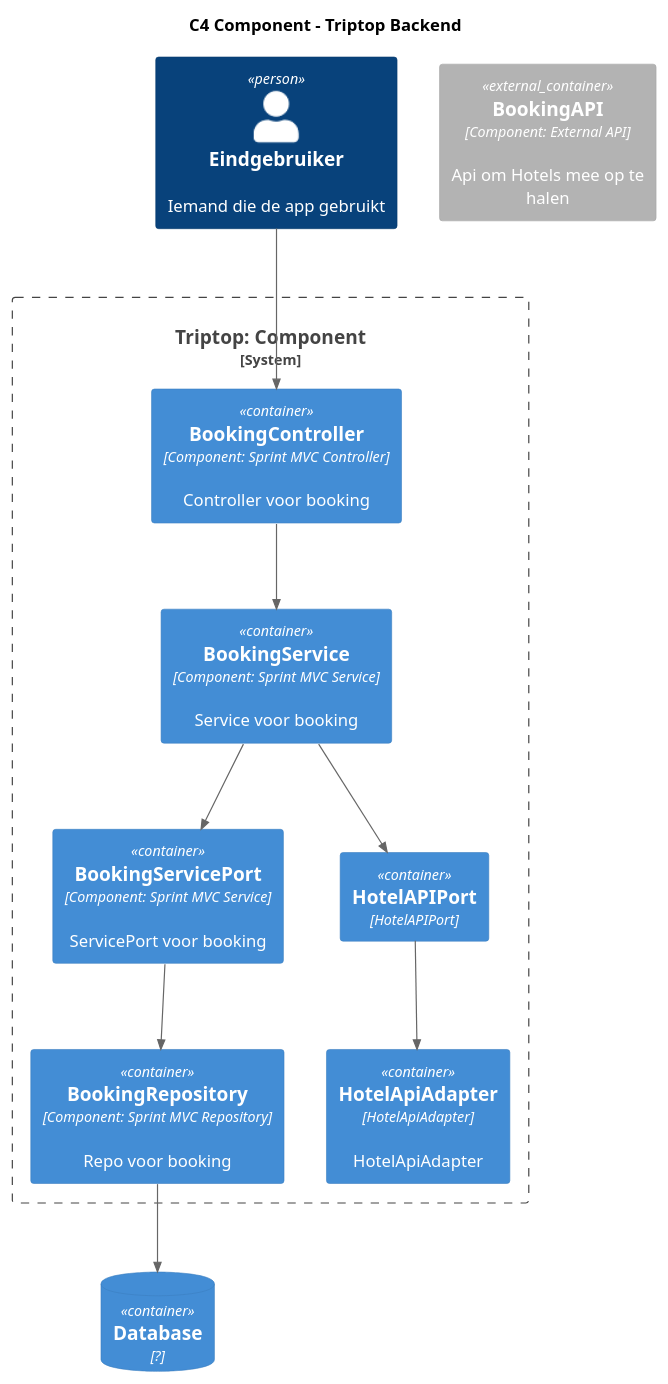
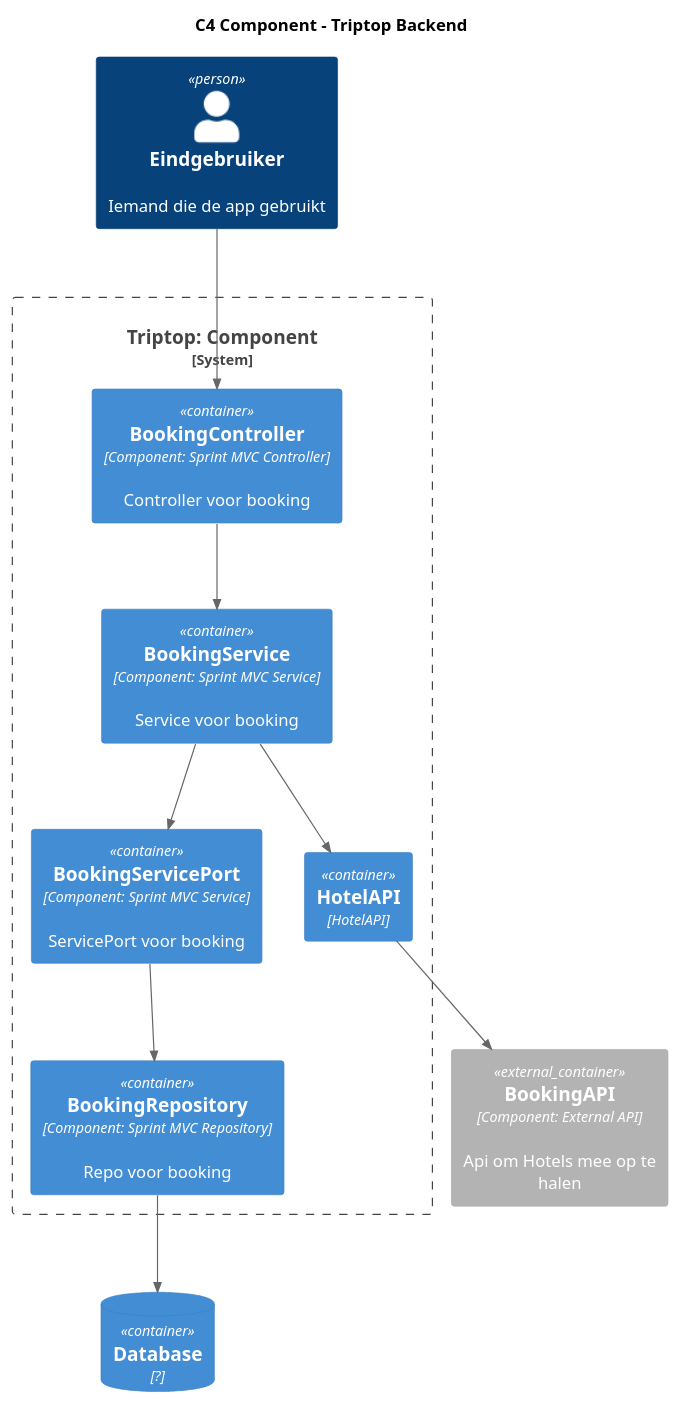
One commit to AIM-ENE-feb25/triptop-peak-performers-groep-1 changed the diagram in opdracht-diagrammen/C4-Diagrammen/C4-Component-Diagram-TripTop.puml. Above: the diagram before and after it, drawn with PlantUML. The commit also changed 2 other files, not shown here.

Commit message:
component diagram jamiro, SGB en TO-DO geupdate

```diff
--- a/opdracht-diagrammen/C4-Diagrammen/C4-Component-Diagram-TripTop.puml
+++ b/opdracht-diagrammen/C4-Diagrammen/C4-Component-Diagram-TripTop.puml
@@ -1,44 +1,39 @@
 @startuml
 !include <C4/C4_Container>
 
 title C4 Component - Triptop Backend
 
 Person(Eindgebruiker, Eindgebruiker, Iemand die de app gebruikt)
 
 System_Boundary(c3, Triptop: Component) {
 'controllers
 Container(BookingController, BookingController, Component: Sprint MVC Controller, Controller voor booking)
 
 'services
 Container(BookingService,BookingService,Component: Sprint MVC Service,Service voor booking)
 Container(BookingServicePort,BookingServicePort,Component: Sprint MVC Service,ServicePort voor booking)
 
 'repositories
 Container(BookingRepository,BookingRepository,Component: Sprint MVC Repository,Repo voor booking)
 
 'port
-Container(HotelAPIPort,HotelAPIPort,HotelAPIPort,)
-
-'adapter
-Container(HotelApiAdapter,HotelApiAdapter,HotelApiAdapter,HotelApiAdapter)
-
+Container(HotelAPI,HotelAPI,HotelAPI,)
 }
 
 'api
 Container_Ext(BookingAPI,BookingAPI,Component: External API,Api om Hotels mee op te halen)
 'database
 ContainerDb(Database, Database,?,)
 'rel
 
 Rel(Eindgebruiker,BookingController,)
 
 Rel(BookingController,BookingService,)
 Rel(BookingService,BookingServicePort,)
 Rel(BookingServicePort,BookingRepository,)
 Rel(BookingRepository,Database,)
-Rel(BookingService,HotelAPIPort,)
-Rel(HotelAPIPort,HotelApiAdapter,)
-
+Rel(BookingService,HotelAPI,)
+Rel(HotelAPI,BookingAPI,)
 
 
 @enduml
```
